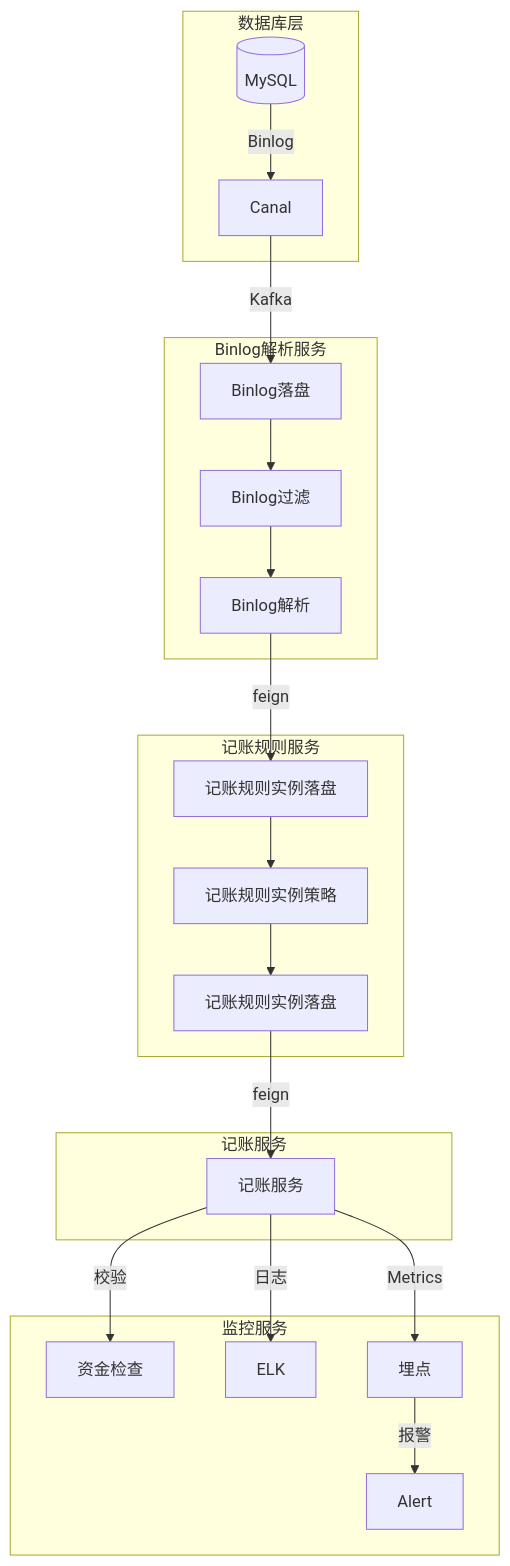
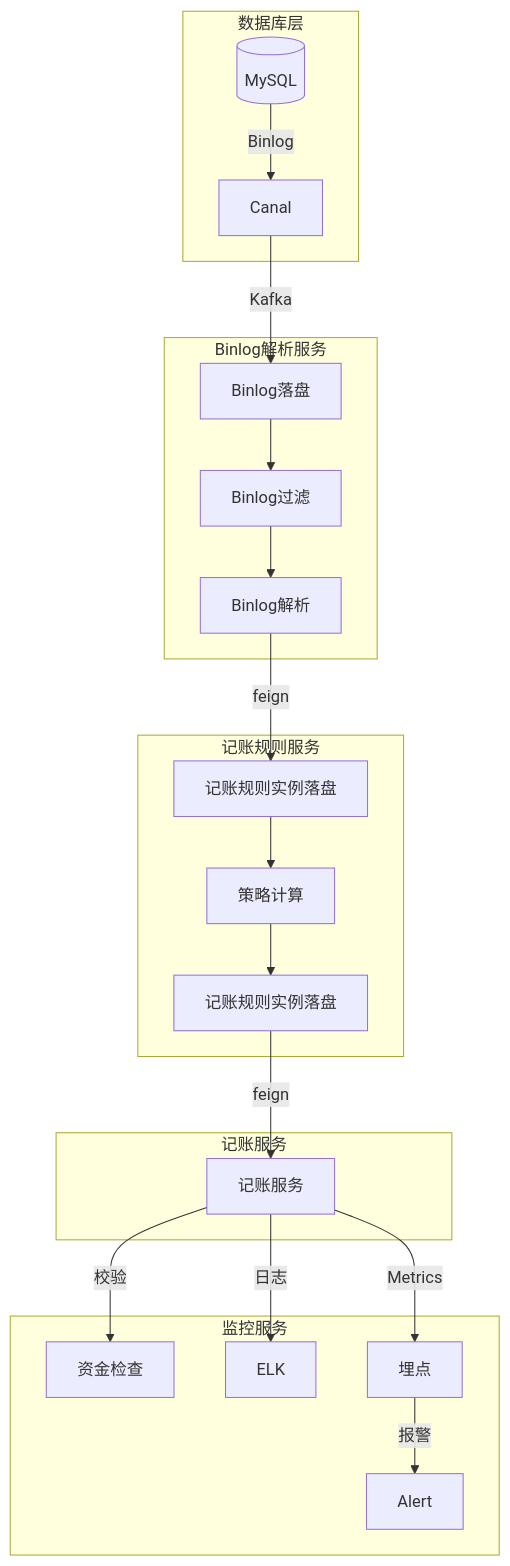
Before and after one commit to 87828943/iodraw-files: the diagram in all/记账架构图.md, drawn with Mermaid.

Commit message:
2025-07-07 14:46:56 update

````diff
--- a/all/记账架构图.md
+++ b/all/记账架构图.md
@@ -1,25 +1,25 @@
 ```mermaid
 graph TB
     subgraph 数据库层
         DB[(MySQL)] -->|Binlog| Canal
     end
     subgraph Binlog解析服务
         Canal -->|Kafka| Binlog[Binlog落盘]
         Binlog --> Binlog1[Binlog过滤]
         Binlog1 --> Binlog2[Binlog解析]
     end
     subgraph 记账规则服务
         Binlog2 -->|feign| AccountingRule[记账规则实例落盘]
-        AccountingRule --> AccountingRule1[记账规则实例策略]
+        AccountingRule --> AccountingRule1[策略计算]
         AccountingRule1 --> AccountingRule2[记账规则实例落盘] 
     end
     subgraph 记账服务
        AccountingRule2 -->|feign| Accounting[记账服务]
     end
     subgraph 监控服务
         Accounting --> |校验| 资金检查
         Accounting -->|日志| ELK
         Accounting -->|Metrics| 埋点
         埋点 -->|报警| Alert
     end
 ```
````
